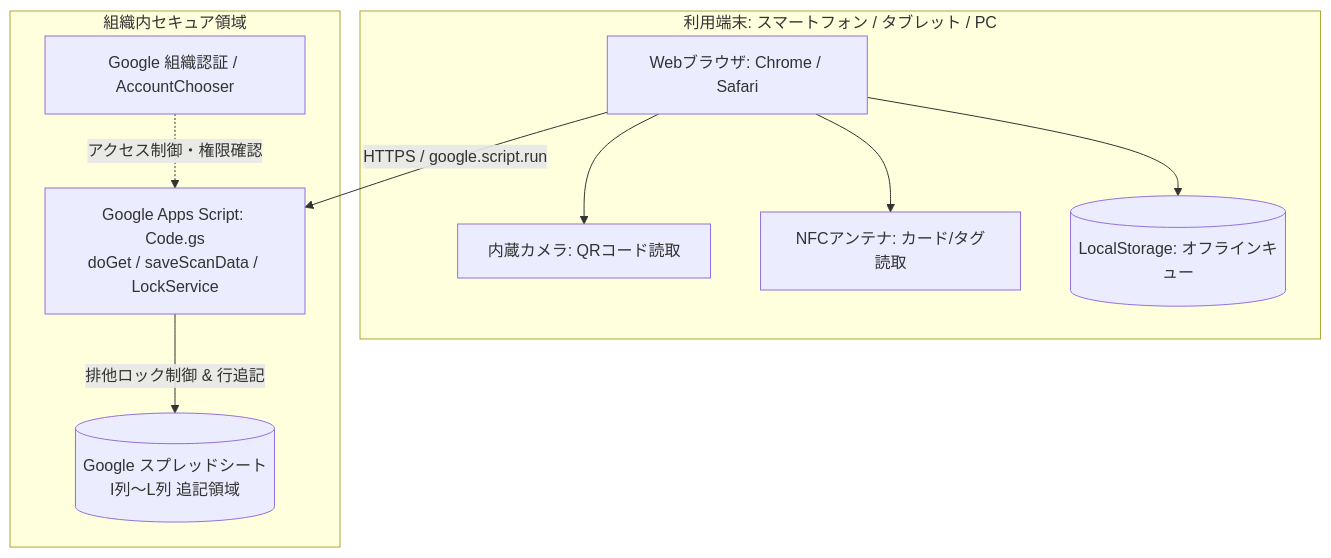
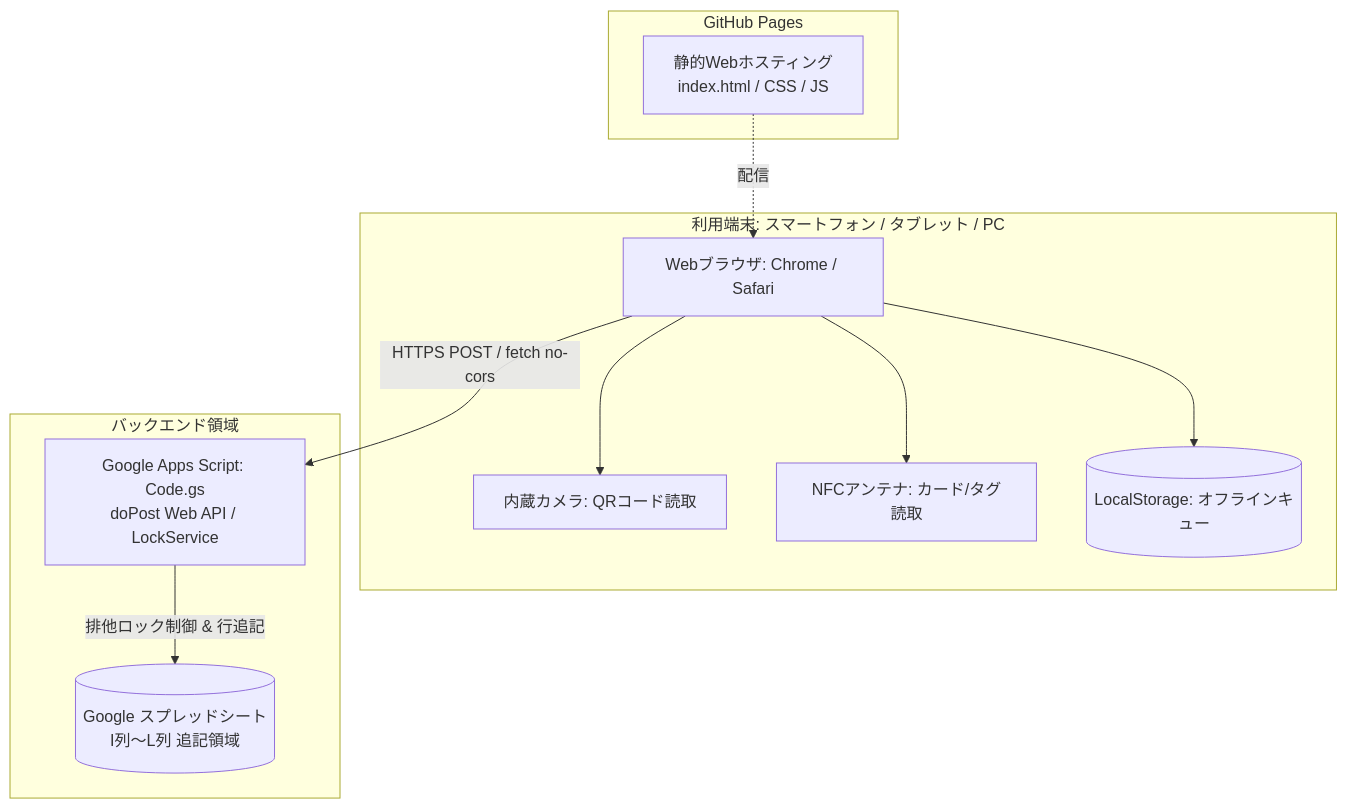
The diagram in システム仕様書.md (kiriharahiro/multiScanner_v02), drawn with Mermaid before and after one commit. The commit also changed other lines of this file and 1 other file, not shown here.

````diff
--- a/システム仕様書.md
+++ b/システム仕様書.md
@@ -37,23 +40,26 @@
 ```mermaid
 graph TD
     subgraph クライアント端末 [利用端末: スマートフォン / タブレット / PC]
         Browser[Webブラウザ: Chrome / Safari]
         Camera[内蔵カメラ: QRコード読取]
         NFCModule[NFCアンテナ: カード/タグ読取]
         LocalStorage[(LocalStorage: オフラインキュー)]
         
         Browser --> Camera
         Browser --> NFCModule
         Browser --> LocalStorage
     end
 
-    subgraph Google Cloud / Google Workspace [組織内セキュア領域]
-        GAS[Google Apps Script: Code.gs<br>doGet / saveScanData / LockService]
+    subgraph Webホスティング環境 [GitHub Pages]
+        StaticHost[静的Webホスティング<br>index.html / CSS / JS]
+    end
+
+    subgraph Google Cloud / Google Workspace [バックエンド領域]
+        GAS[Google Apps Script: Code.gs<br>doPost Web API / LockService]
         Spreadsheet[(Google スプレッドシート<br>I列〜L列 追記領域)]
-        Auth[Google 組織認証 / AccountChooser]
         
-        Browser -->|HTTPS / google.script.run| GAS
-        Auth -.->|アクセス制御・権限確認| GAS
+        StaticHost -.->|配信| Browser
+        Browser -->|HTTPS POST / fetch no-cors| GAS
         GAS -->|排他ロック制御 & 行追記| Spreadsheet
     end
 ```
````
